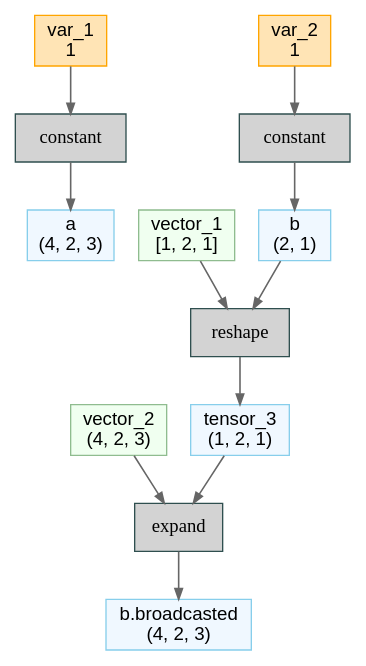
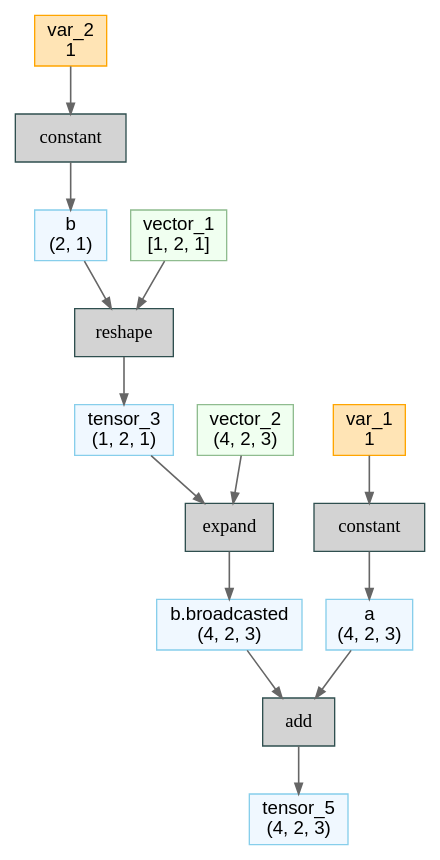
Before and after one commit to zhaziqwe/deepx: the diagram in front/py/examples/2_ir/4_changeshape_broadcast.dot, drawn with Graphviz. The commit also changed 8 other files, not shown here.

```diff
--- a/front/py/examples/2_ir/4_changeshape_broadcast.dot
+++ b/front/py/examples/2_ir/4_changeshape_broadcast.dot
@@ -1,35 +1,41 @@
 // Computational Graph
 digraph {
 	rankdir=TB
 	node [shape=record]
-	139089324388896 [label="a
+	128096220888320 [label="a
 (4, 2, 3)" color=skyblue fillcolor=aliceblue fontname="Sans-Serif" labeljust=l shape=box style=filled]
-	139089324378240 [label=constant color=darkslategray fillcolor=lightgray fontname="Courier Bold" labeljust=l shape=box style=filled]
-	139089324389088 [label="var_1
+	128096220884576 [label=constant color=darkslategray fillcolor=lightgray fontname="Courier Bold" labeljust=l shape=box style=filled]
+	128096220884528 [label="var_1
 1" color=orange fillcolor=moccasin fontname="Sans-Serif" labeljust=l shape=box style=filled]
-	139089324621536 [label="b
+	128096220884624 [label="b
 (2, 1)" color=skyblue fillcolor=aliceblue fontname="Sans-Serif" labeljust=l shape=box style=filled]
-	139089325015104 [label=constant color=darkslategray fillcolor=lightgray fontname="Courier Bold" labeljust=l shape=box style=filled]
-	139089324621584 [label="var_2
+	128096220884432 [label=constant color=darkslategray fillcolor=lightgray fontname="Courier Bold" labeljust=l shape=box style=filled]
+	128096220884480 [label="var_2
 1" color=orange fillcolor=moccasin fontname="Sans-Serif" labeljust=l shape=box style=filled]
-	139089325015200 [label="tensor_3
+	128096220884336 [label="tensor_3
 (1, 2, 1)" color=skyblue fillcolor=aliceblue fontname="Sans-Serif" labeljust=l shape=box style=filled]
-	139089325015488 [label=reshape color=darkslategray fillcolor=lightgray fontname="Courier Bold" labeljust=l shape=box style=filled]
-	139089325015440 [label="vector_1
+	128096220884048 [label=reshape color=darkslategray fillcolor=lightgray fontname="Courier Bold" labeljust=l shape=box style=filled]
+	128096220884096 [label="vector_1
 [1, 2, 1]" color=darkseagreen fillcolor=honeydew fontname="Sans-Serif" labeljust=l shape=box style=filled]
-	139089325015584 [label="b.broadcasted
+	128096220883952 [label="b.broadcasted
 (4, 2, 3)" color=skyblue fillcolor=aliceblue fontname="Sans-Serif" labeljust=l shape=box style=filled]
-	139089325015872 [label=expand color=darkslategray fillcolor=lightgray fontname="Courier Bold" labeljust=l shape=box style=filled]
-	139089325015824 [label="vector_2
+	128096220883664 [label=expand color=darkslategray fillcolor=lightgray fontname="Courier Bold" labeljust=l shape=box style=filled]
+	128096220883712 [label="vector_2
 (4, 2, 3)" color=darkseagreen fillcolor=honeydew fontname="Sans-Serif" labeljust=l shape=box style=filled]
-	139089324378240 -> 139089324388896 [arrowsize=0.8 color=gray40 penwidth=1.2]
-	139089324389088 -> 139089324378240 [arrowsize=0.8 color=gray40 penwidth=1.2]
-	139089325015104 -> 139089324621536 [arrowsize=0.8 color=gray40 penwidth=1.2]
-	139089324621584 -> 139089325015104 [arrowsize=0.8 color=gray40 penwidth=1.2]
-	139089325015488 -> 139089325015200 [arrowsize=0.8 color=gray40 penwidth=1.2]
-	139089324621536 -> 139089325015488 [arrowsize=0.8 color=gray40 penwidth=1.2]
-	139089325015440 -> 139089325015488 [arrowsize=0.8 color=gray40 penwidth=1.2]
-	139089325015872 -> 139089325015584 [arrowsize=0.8 color=gray40 penwidth=1.2]
-	139089325015200 -> 139089325015872 [arrowsize=0.8 color=gray40 penwidth=1.2]
-	139089325015824 -> 139089325015872 [arrowsize=0.8 color=gray40 penwidth=1.2]
+	128096220883472 [label=add color=darkslategray fillcolor=lightgray fontname="Courier Bold" labeljust=l shape=box style=filled]
+	128096220883376 [label="tensor_5
+(4, 2, 3)" color=skyblue fillcolor=aliceblue fontname="Sans-Serif" labeljust=l shape=box style=filled]
+	128096220884576 -> 128096220888320 [arrowsize=0.8 color=gray40 penwidth=1.2]
+	128096220884528 -> 128096220884576 [arrowsize=0.8 color=gray40 penwidth=1.2]
+	128096220884432 -> 128096220884624 [arrowsize=0.8 color=gray40 penwidth=1.2]
+	128096220884480 -> 128096220884432 [arrowsize=0.8 color=gray40 penwidth=1.2]
+	128096220884048 -> 128096220884336 [arrowsize=0.8 color=gray40 penwidth=1.2]
+	128096220884624 -> 128096220884048 [arrowsize=0.8 color=gray40 penwidth=1.2]
+	128096220884096 -> 128096220884048 [arrowsize=0.8 color=gray40 penwidth=1.2]
+	128096220883664 -> 128096220883952 [arrowsize=0.8 color=gray40 penwidth=1.2]
+	128096220884336 -> 128096220883664 [arrowsize=0.8 color=gray40 penwidth=1.2]
+	128096220883712 -> 128096220883664 [arrowsize=0.8 color=gray40 penwidth=1.2]
+	128096220888320 -> 128096220883472 [arrowsize=0.8 color=gray40 penwidth=1.2]
+	128096220883952 -> 128096220883472 [arrowsize=0.8 color=gray40 penwidth=1.2]
+	128096220883472 -> 128096220883376 [arrowsize=0.8 color=gray40 penwidth=1.2]
 }
```
